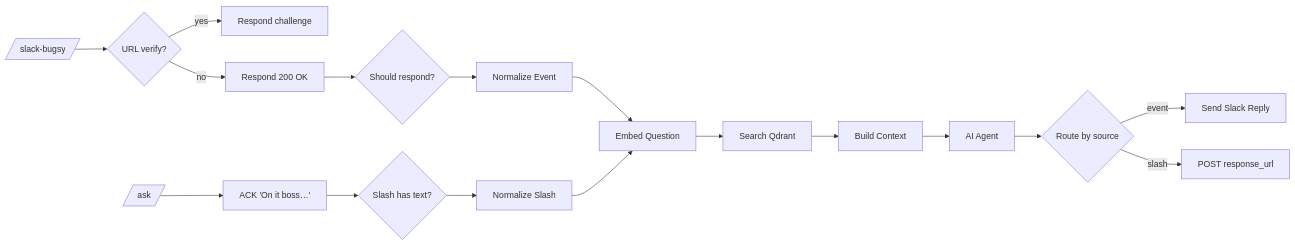
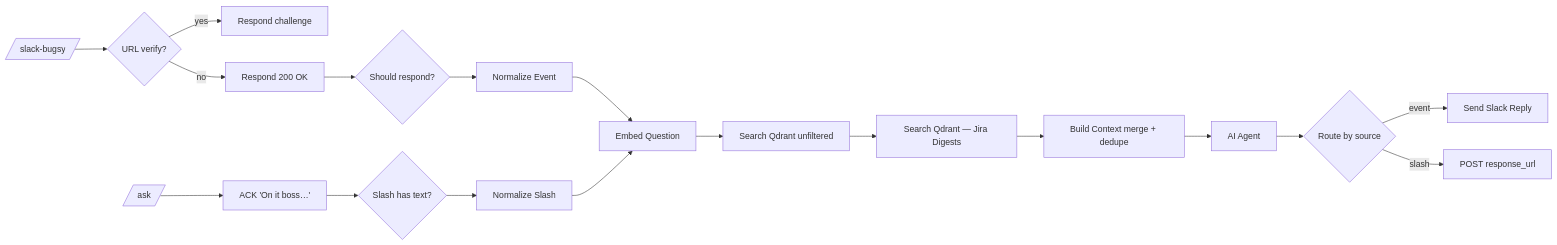
Before and after one commit to anthonycoffey/_agent: the first of 2 diagrams in docs/workflows/bugsy-unified.md, drawn with Mermaid. The commit also changed other lines of this file and 3 other files, not shown here.

````diff
--- a/docs/workflows/bugsy-unified.md
+++ b/docs/workflows/bugsy-unified.md
@@ -21,21 +21,22 @@
 ```mermaid
 flowchart LR
   WE[/slack-bugsy/] --> URL{URL verify?}
   URL -- yes --> CHAL[Respond challenge]
   URL -- no --> ACK1[Respond 200 OK]
   ACK1 --> SR{Should respond?}
   SR --> NE[Normalize Event]
 
   WS[/ask/] --> ACK2[ACK 'On it boss…']
   ACK2 --> SHT{Slash has text?}
   SHT --> NS[Normalize Slash]
 
   NE --> EQ[Embed Question]
   NS --> EQ
-  EQ --> SQ[Search Qdrant]
-  SQ --> BC[Build Context]
+  EQ --> SQ[Search Qdrant unfiltered]
+  SQ --> SQJ[Search Qdrant — Jira Digests]
+  SQJ --> BC[Build Context merge + dedupe]
   BC --> AGT[AI Agent]
   AGT --> RT{Route by source}
   RT -- event --> SLACK[Send Slack Reply]
   RT -- slash --> POST[POST response_url]
 ```
````
